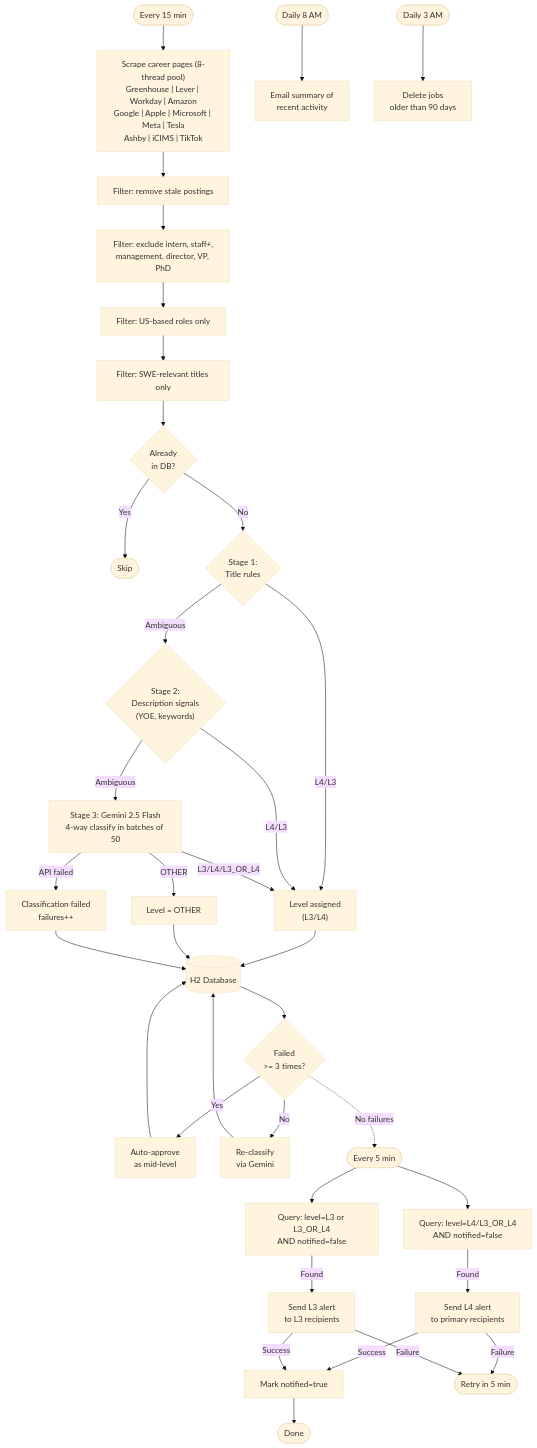
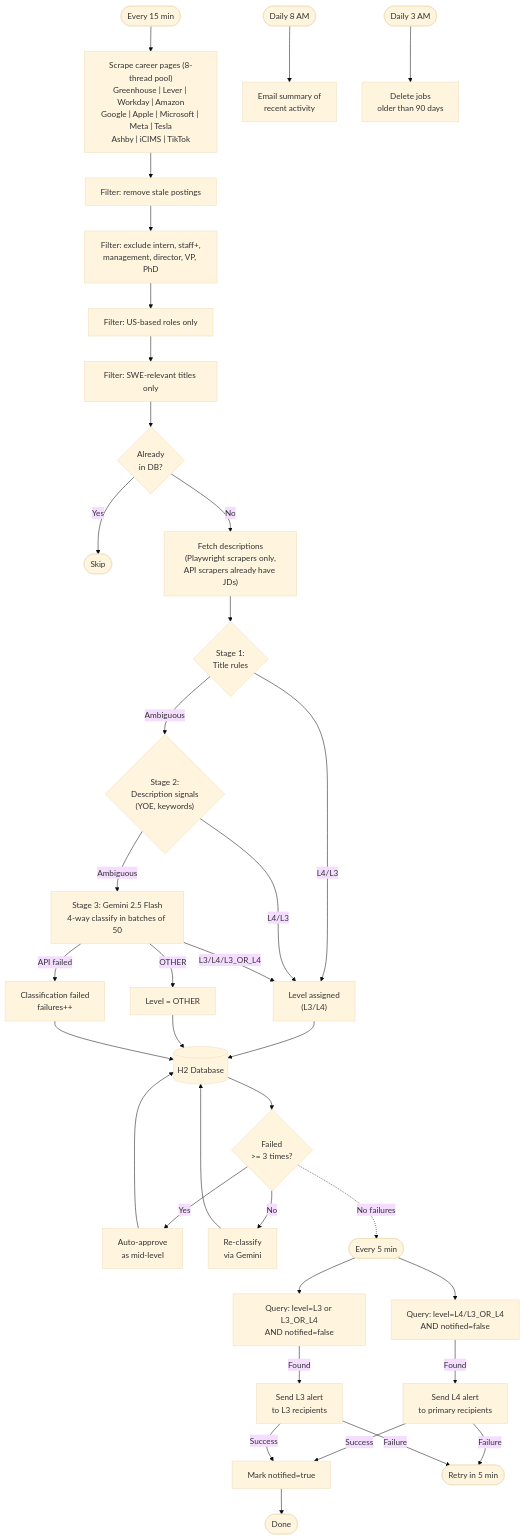
One commit to jy732/swe-job-notifier changed the diagram in README.md. Above: the diagram before and after it, drawn with Mermaid (base theme). The commit also changed other lines of this file and 6 other files, not shown here.

First line of the commit message:
Defer Playwright JD fetching to post-dedup to fix Google timeout

````diff
--- a/README.md
+++ b/README.md
@@ -21,37 +22,38 @@
 ```mermaid
 flowchart TD
     START(["Every 15 min"]) --> SCRAPE["Scrape career pages (8-thread pool)\nGreenhouse | Lever | Workday | Amazon\nGoogle | Apple | Microsoft | Meta | Tesla\nAshby | iCIMS | TikTok"]
     SCRAPE --> FRESH["Filter: remove stale postings"]
     FRESH --> EXCLUDE["Filter: exclude intern, staff+,\nmanagement, director, VP, PhD"]
     EXCLUDE --> LOCATION["Filter: US-based roles only"]
     LOCATION --> SWE["Filter: SWE-relevant titles only"]
     SWE --> DEDUP{"Already\nin DB?"}
     DEDUP -- Yes --> SKIP([Skip])
-    DEDUP -- No --> STAGE1{"Stage 1:\nTitle rules"}
+    DEDUP -- No --> FETCHJD["Fetch descriptions\n(Playwright scrapers only,\nAPI scrapers already have JDs)"]
+    FETCHJD --> STAGE1{"Stage 1:\nTitle rules"}
     STAGE1 -- "L4/L3" --> LEVEL["Level assigned\n(L3/L4)"]
     STAGE1 -- Ambiguous --> STAGE2{"Stage 2:\nDescription signals\n(YOE, keywords)"}
     STAGE2 -- "L4/L3" --> LEVEL
     STAGE2 -- Ambiguous --> GEMINI["Stage 3: Gemini 2.5 Flash\n4-way classify in batches of 50"]
     GEMINI -- "L3/L4/L3_OR_L4" --> LEVEL
     GEMINI -- OTHER --> OTHER["Level = OTHER"]
     GEMINI -- API failed --> FAILED["Classification failed\nfailures++"]
     LEVEL --> DB[("H2 Database")]
     OTHER --> DB
     FAILED --> DB
     DB --> RETRYCHECK{"Failed\n>= 3 times?"}
     RETRYCHECK -- Yes --> FALLBACK["Auto-approve\nas mid-level"] --> DB
     RETRYCHECK -- No --> REGEMINI["Re-classify\nvia Gemini"] --> DB
     RETRYCHECK -. No failures .-> SCANSTART
 
     SCANSTART(["Every 5 min"]) --> QUERYL4["Query: level=L4/L3_OR_L4\nAND notified=false"]
     QUERYL4 -- Found --> EMAILL4["Send L4 alert\nto primary recipients"]
     SCANSTART --> QUERYL3["Query: level=L3 or L3_OR_L4\nAND notified=false"]
     QUERYL3 -- Found --> EMAILL3["Send L3 alert\nto L3 recipients"]
     EMAILL4 -- Success --> MARK["Mark notified=true"] --> DONE([Done])
     EMAILL3 -- Success --> MARK
     EMAILL4 -- Failure --> RETRY_EMAIL(["Retry in 5 min"])
     EMAILL3 -- Failure --> RETRY_EMAIL
 
     DAILY1(["Daily 8 AM"]) --> SUMMARY["Email summary of\nrecent activity"]
     DAILY2(["Daily 3 AM"]) --> CLEANUP["Delete jobs\nolder than 90 days"]
 ```
````
